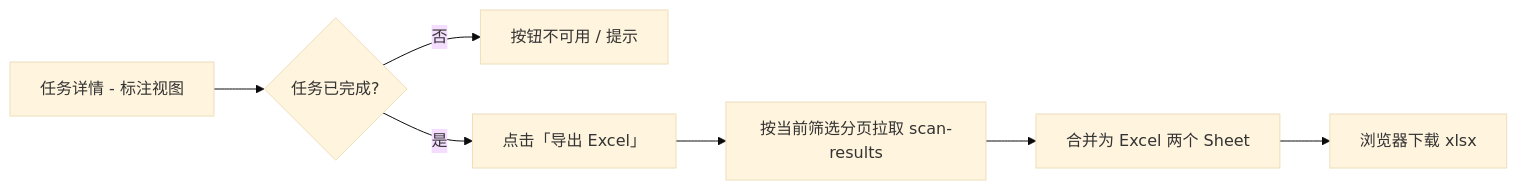
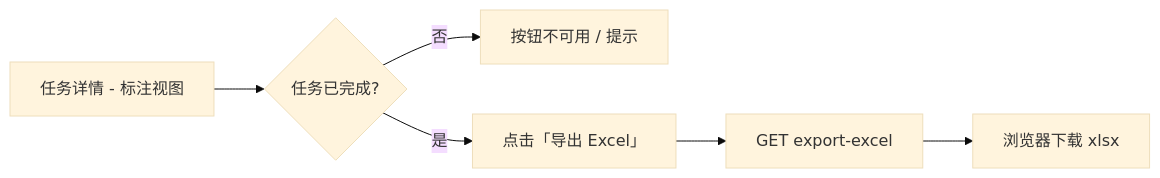
The eighth of 9 diagrams in 设计文档.md (BeaconLin/aiRepoScan-hw), drawn with Mermaid (base theme) before and after one commit. The commit also changed other lines of this file and 6 other files, not shown here.

````diff
--- a/设计文档.md
+++ b/设计文档.md
@@ -695,9 +677,8 @@
 ```mermaid
 flowchart LR
     A[任务详情 - 标注视图] --> B{任务已完成?}
     B -->|否| C[按钮不可用 / 提示]
     B -->|是| D[点击「导出 Excel」]
-    D --> E[按当前筛选分页拉取 scan-results]
-    E --> F[合并为 Excel 两个 Sheet]
-    F --> G[浏览器下载 xlsx]
+    D --> E[GET export-excel]
+    E --> F[浏览器下载 xlsx]
 ```
````
